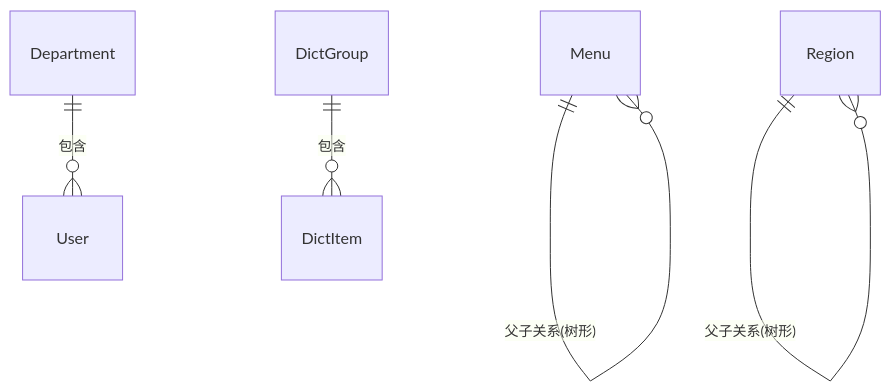
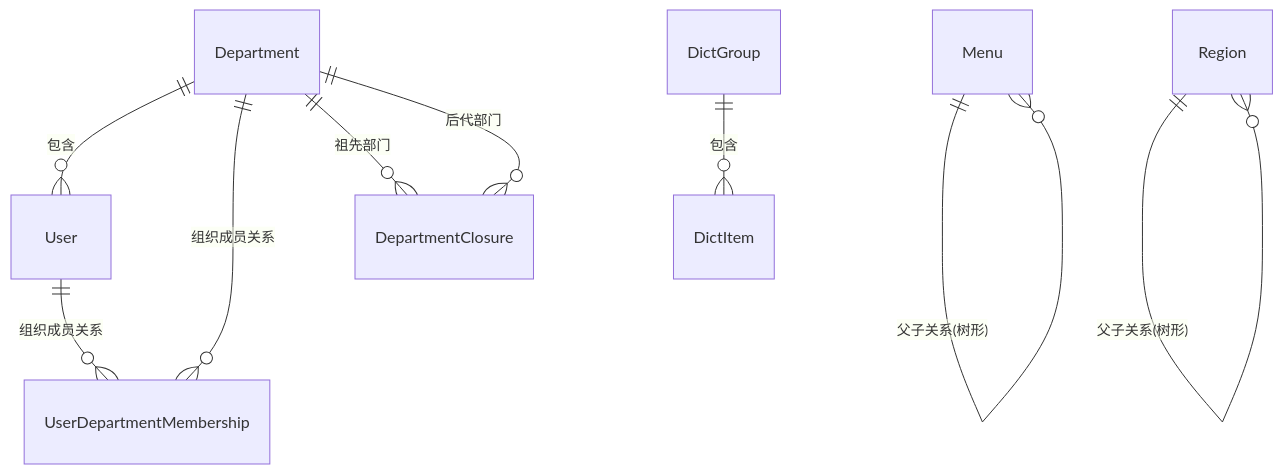
The second of 7 diagrams in docs/后端/20-数据模型/00-实体关系图.md (yangxj96/spectra-docs), drawn with Mermaid before and after one commit. The commit also changed other lines of this file and 8 other files, not shown here.

````diff
--- a/docs/后端/20-数据模型/00-实体关系图.md
+++ b/docs/后端/20-数据模型/00-实体关系图.md
@@ -38,7 +38,11 @@
 ```mermaid
 erDiagram
     Department ||--o{ User : "包含"
+    User ||--o{ UserDepartmentMembership : "组织成员关系"
+    Department ||--o{ UserDepartmentMembership : "组织成员关系"
+    Department ||--o{ DepartmentClosure : "祖先部门"
+    Department ||--o{ DepartmentClosure : "后代部门"
     Menu ||--o{ Menu : "父子关系(树形)"
     Region ||--o{ Region : "父子关系(树形)"
     DictGroup ||--o{ DictItem : "包含"
 ```
````
